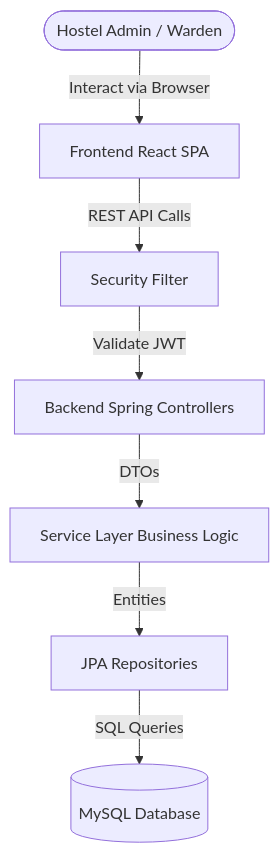
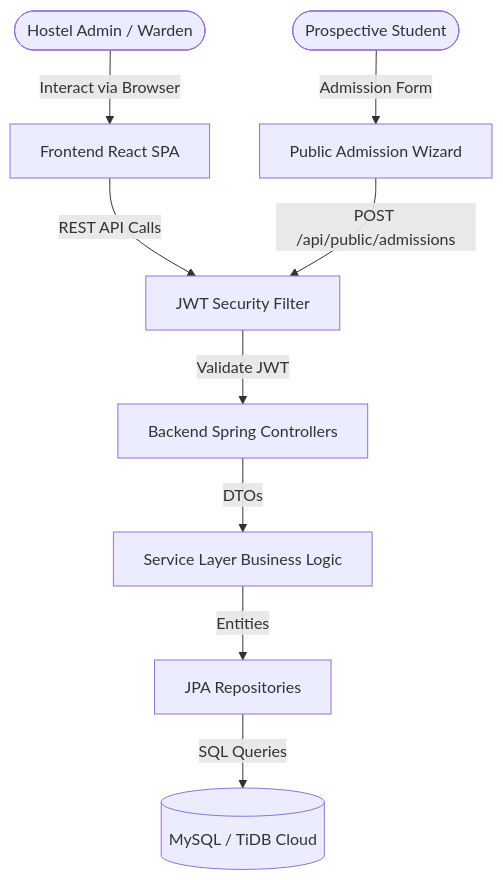
Before and after one commit to asiffmahmad/hostel-management: the first of 7 diagrams in docs/APP_FLOW.md, drawn with Mermaid. The commit also changed other lines of this file and 5 other files, not shown here.

````diff
--- a/docs/APP_FLOW.md
+++ b/docs/APP_FLOW.md
@@ -5,9 +5,11 @@
 ```mermaid
 flowchart TD
     User([Hostel Admin / Warden]) -->|Interact via Browser| UI[Frontend React SPA]
-    UI -->|REST API Calls| Auth[Security Filter]
+    Public([Prospective Student]) -->|Admission Form| PublicUI[Public Admission Wizard]
+    UI -->|REST API Calls| Auth[JWT Security Filter]
+    PublicUI -->|POST /api/public/admissions| Auth
     Auth -->|Validate JWT| Controller[Backend Spring Controllers]
     Controller -->|DTOs| Service[Service Layer Business Logic]
     Service -->|Entities| Repository[JPA Repositories]
-    Repository -->|SQL Queries| DB[(MySQL Database)]
+    Repository -->|SQL Queries| DB[(MySQL / TiDB Cloud)]
 ```
````
